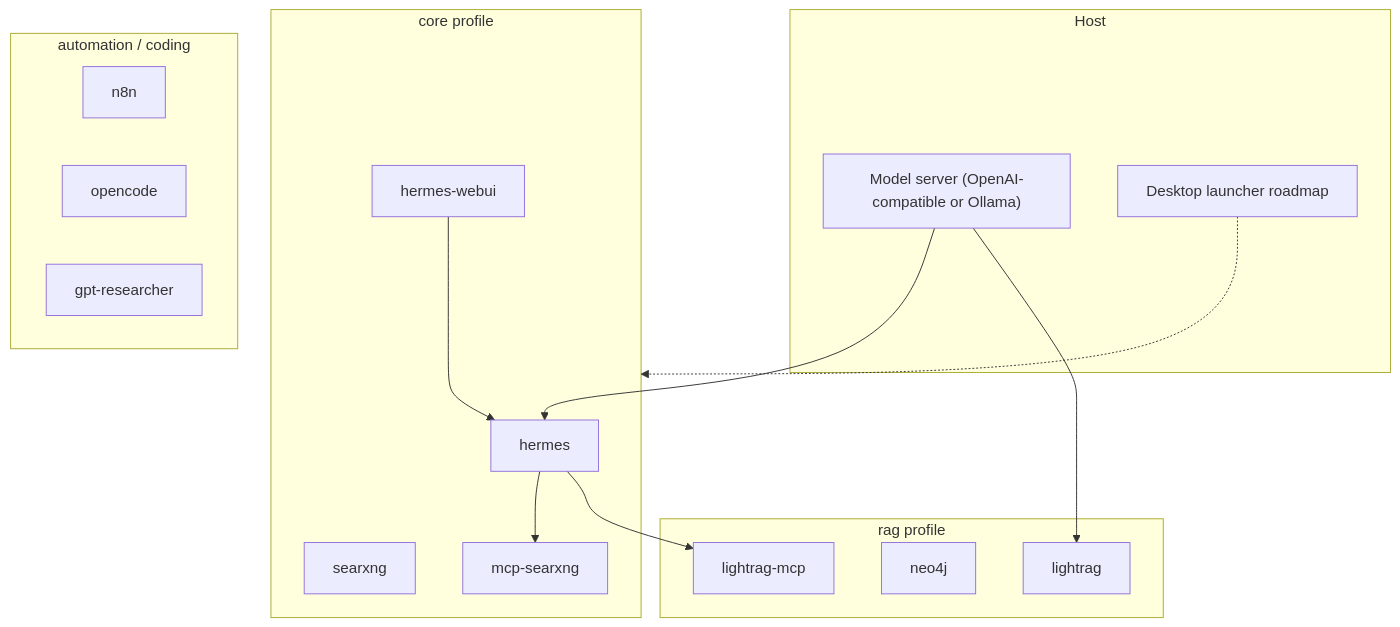
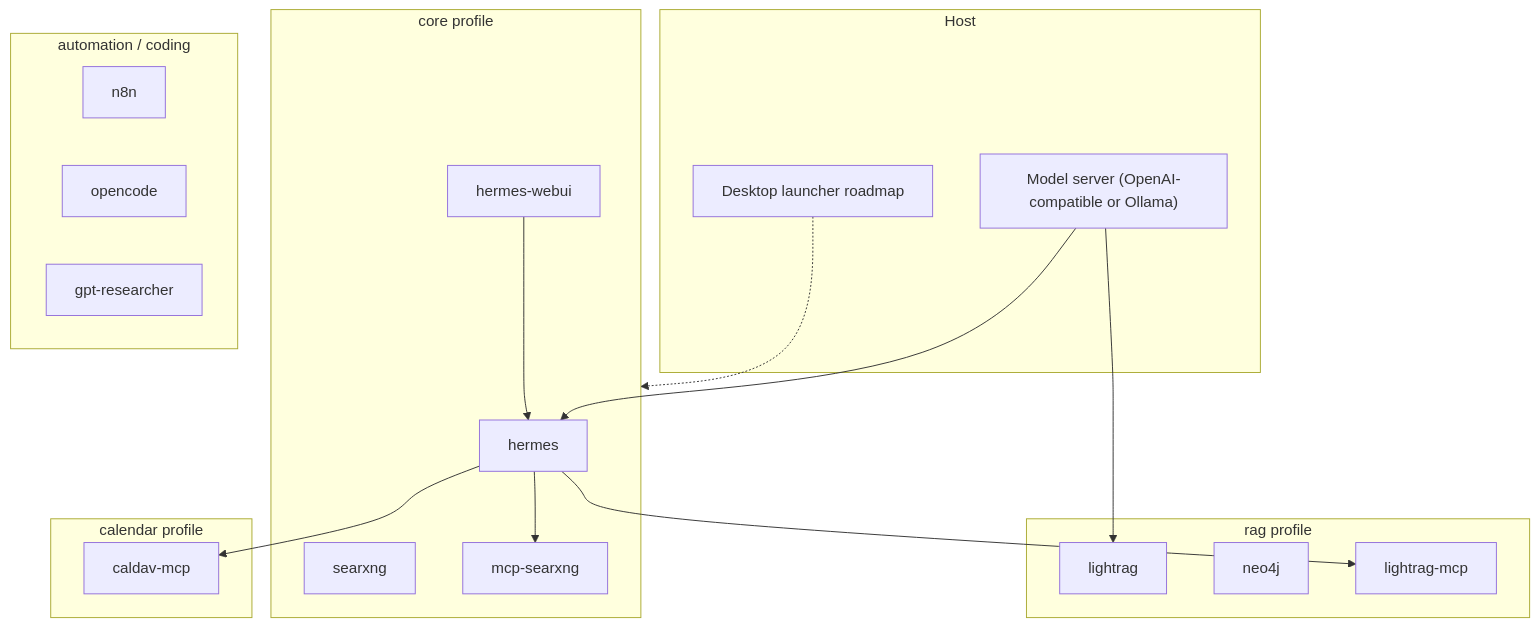
The diagram in README.md (kaxline/sovereign-agent-stack), drawn with Mermaid before and after one commit. The commit also changed other lines of this file and 15 other files, not shown here.

First line of the commit message:
Add CalDAV calendar profile with multi-account MCP wiring.

````diff
--- a/README.md
+++ b/README.md
@@ -30,29 +30,33 @@
 ```mermaid
 flowchart TB
   subgraph host [Host]
     LLM["Model server (OpenAI-compatible or Ollama)"]
     Desktop["Desktop launcher roadmap"]
   end
   subgraph core [core profile]
     Hermes[hermes]
     WebUI[hermes-webui]
     Searx[searxng]
     McpSearx[mcp-searxng]
   end
   subgraph rag [rag profile]
     LightRAG[lightrag]
     Neo4j[neo4j]
     LragMcp[lightrag-mcp]
   end
+  subgraph calendar [calendar profile]
+    CaldavMcp[caldav-mcp]
+  end
   subgraph tools [automation / coding]
     N8n[n8n]
     OpenCode[opencode]
     Gptr[gpt-researcher]
   end
   Desktop -.-> core
   LLM --> Hermes
   LLM --> LightRAG
   Hermes --> McpSearx
   Hermes --> LragMcp
+  Hermes --> CaldavMcp
   WebUI --> Hermes
 ```
````
